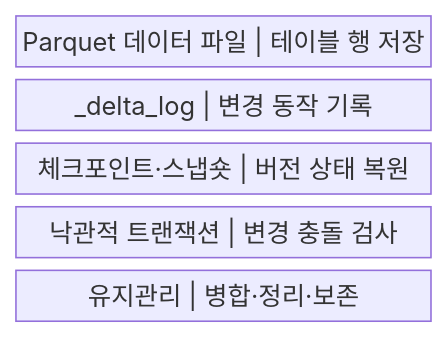
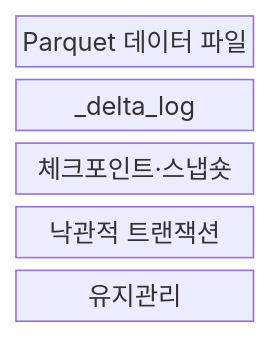
One commit to agnusdei1207/knowledge-base changed the first of 2 diagrams in src/content/docs/notes/03-software/127_delta_lake.md. Above: the diagram before and after it, drawn with Mermaid. The commit also changed other lines of this file and 238 other files, not shown here.

````diff
--- a/src/content/docs/notes/03-software/127_delta_lake.md
+++ b/src/content/docs/notes/03-software/127_delta_lake.md
@@ -58,9 +58,9 @@
 ```mermaid
-block
+block-beta
     columns 1
-    A["Parquet 데이터 파일 | 테이블 행 저장"]
-    B["_delta_log | 변경 동작 기록"]
-    C["체크포인트·스냅숏 | 버전 상태 복원"]
-    D["낙관적 트랜잭션 | 변경 충돌 검사"]
-    E["유지관리 | 병합·정리·보존"]
+    A["Parquet 데이터 파일"]
+    B["_delta_log"]
+    C["체크포인트·스냅숏"]
+    D["낙관적 트랜잭션"]
+    E["유지관리"]
 ```
````
